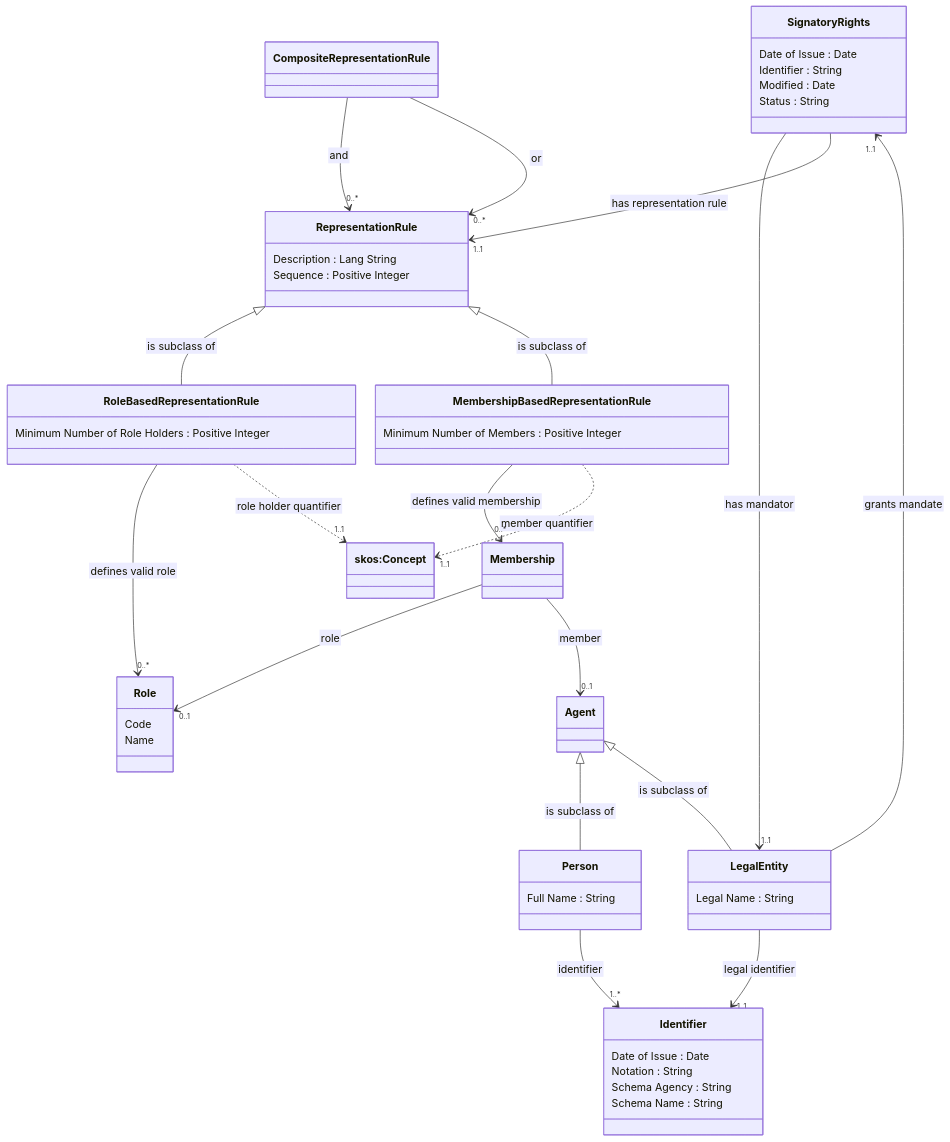
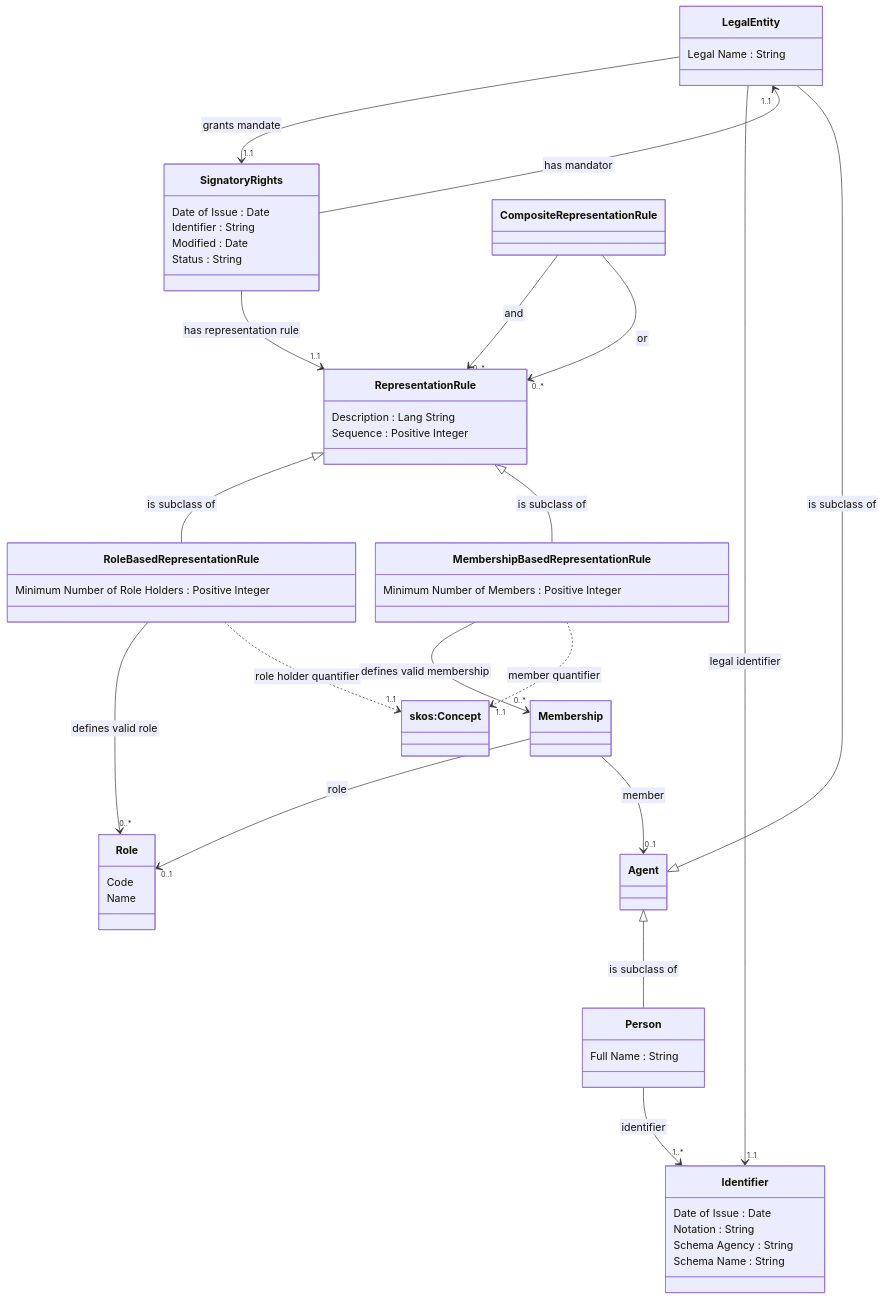
The second of 2 diagrams in README.md (nordicsmartgovernment/Nordic-Signatory-Rights-Model), drawn with Mermaid before and after one commit. The commit also changed other lines of this file, not shown here.

````diff
--- a/README.md
+++ b/README.md
@@ -69,81 +69,81 @@
 ```mermaid
  %%{init:{'flowchart':{'nodeSpacing': 30, 'rankSpacing': 95, 'htmlLabels': false}}}%%
     classDiagram
+        class Legal Entity ["LegalEntity"] {
+           Legal Name : String
+        }
+        direction TL
+
+        Legal Entity --> "1..1" Signatory Rights:grants mandate
+        Legal Entity --> "1..1" Identifier : legal identifier
+
         class Signatory Rights {
             Date of Issue : Date
             Identifier : String
             Modified : Date
             Status : String
         }
 
         Signatory Rights --> "1..1" LegalEntity : has mandator
         Signatory Rights --> "1..1" Representation Rule : has representation rule
 
         class AgentLegalEntity["Agent"] {
         }
 
         class Representation Rule {
            Description : Lang String
            Sequence : Positive Integer
         }
 
         class Role Based Representation Rule {
            Minimum Number of Role Holders : Positive Integer
         }
 
         Role Based Representation Rule --> "0..*" Role : defines valid role
         Role Based Representation Rule ..> "1..1" SKOSConcept : role holder quantifier
 
         class Membership Based Representation Rule {
            Minimum Number of Members : Positive Integer
         }
 
         Membership Based Representation Rule --> "0..*" Membership : defines valid membership
         Membership Based Representation Rule ..> "1..1" SKOSConcept : member quantifier
 
         class Composite Representation Rule {
         }
 
         Composite Representation Rule --> "0..*" Representation Rule : and
         Composite Representation Rule --> "0..*" Representation Rule : or
 
         class Role {
            Code
            Name
         }
 
         class SKOSConcept["skos:Concept"] {
         }
 
         class Membership {
         }
 
         Membership --> "0..1" Role : role
         Membership --> "0..1" AgentLegalEntity : member
 
         class Person {
            Full Name : String
         }
 
         Person --> "1..*" Identifier : identifier
 
-        class Legal Entity ["LegalEntity"] {
-           Legal Name : String
-        }
-        direction TL
-
-        Legal Entity --> "1..1" Signatory Rights:grants mandate
-        Legal Entity --> "1..1" Identifier : legal identifier
-
         class Identifier {
            Date of Issue : Date
            Notation : String
            Schema Agency : String
            Schema Name : String
         }
 
         Representation Rule <|-- Role Based Representation Rule : is subclass of
         Representation Rule <|-- Membership Based Representation Rule : is subclass of
         AgentLegalEntity <|-- Person : is subclass of
         AgentLegalEntity <|-- Legal Entity : is subclass of
 ```
````
